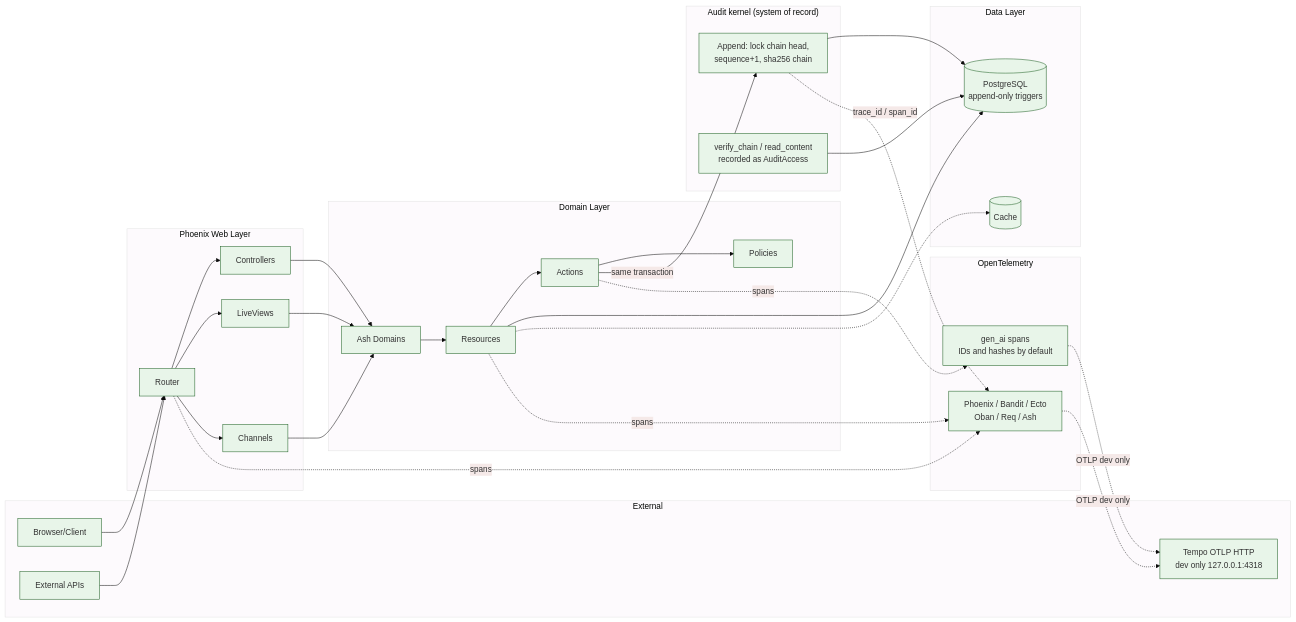
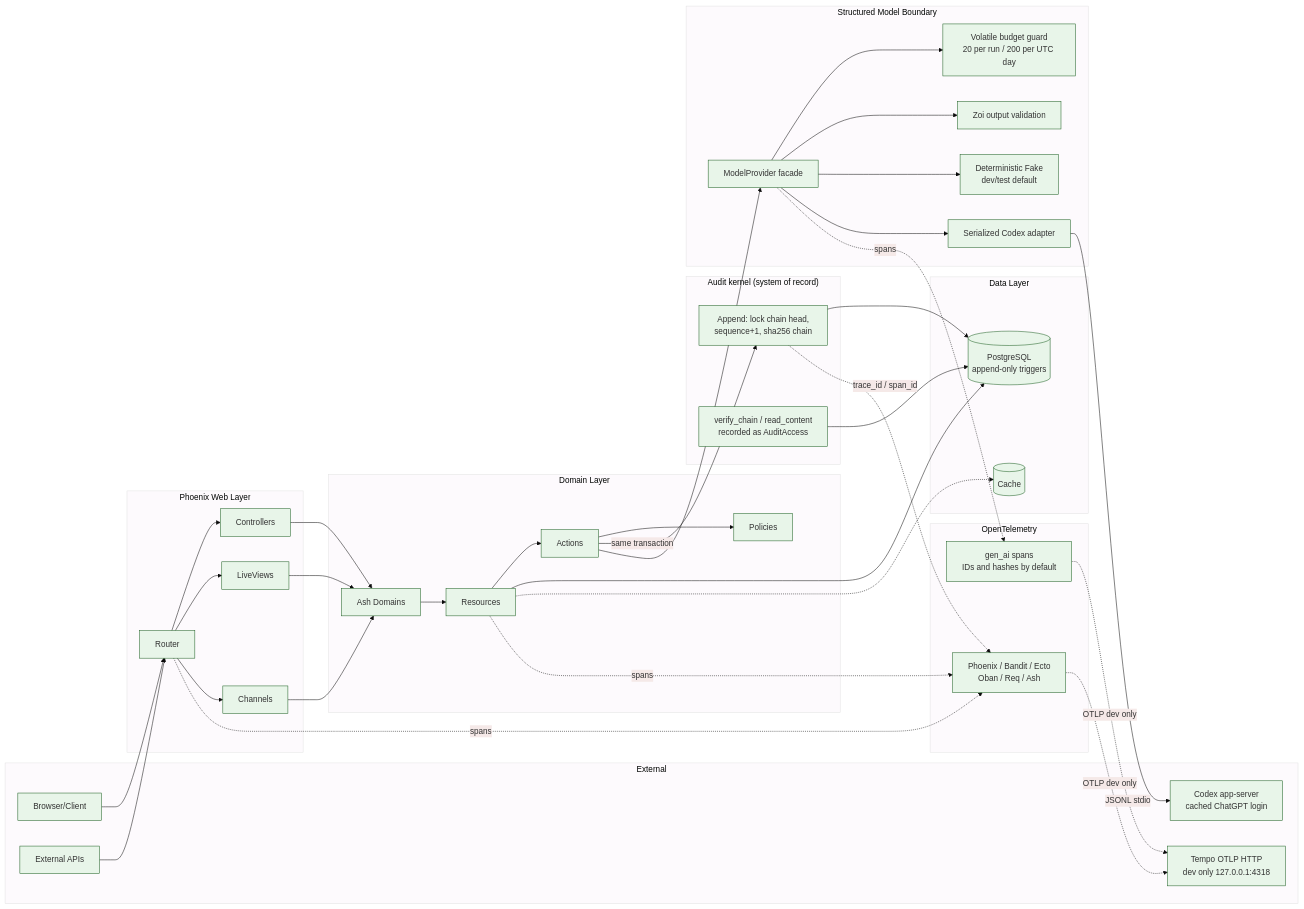
The diagram in docs/architecture/data-flow.md (chops/sdr_agent), drawn with Mermaid before and after one commit. The commit also changed other lines of this file and 20 other files, not shown here.

Commit message:
Add validated model provider boundary

````diff
--- a/docs/architecture/data-flow.md
+++ b/docs/architecture/data-flow.md
@@ -9,65 +9,80 @@
 ```mermaid
 %%{init: {'theme': 'base', 'themeVariables': { 'primaryColor': '#e8f5e9', 'primaryBorderColor': '#1b5e20'}}}%%
 flowchart LR
     subgraph External["External"]
         Browser[Browser/Client]
         API[External APIs]
+        Codex[Codex app-server<br/>cached ChatGPT login]
         Tempo[Tempo OTLP HTTP<br/>dev only 127.0.0.1:4318]
     end
 
     subgraph Web["Phoenix Web Layer"]
         Router[Router]
         Controllers[Controllers]
         LiveViews[LiveViews]
         Channels[Channels]
     end
 
     subgraph Domain["Domain Layer"]
         Domains[Ash Domains]
         Resources[Resources]
         Actions[Actions]
         Policies[Policies]
     end
 
     subgraph AuditKernel["Audit kernel (system of record)"]
         Append[Append: lock chain head,<br/>sequence+1, sha256 chain]
         Verify[verify_chain / read_content<br/>recorded as AuditAccess]
     end
 
     subgraph Data["Data Layer"]
         Postgres[(PostgreSQL<br/>append-only triggers)]
         Cache[(Cache)]
     end
 
+    subgraph AI["Structured Model Boundary"]
+        Provider[ModelProvider facade]
+        Budget[Volatile budget guard<br/>20 per run / 200 per UTC day]
+        Validation[Zoi output validation]
+        Adapter[Serialized Codex adapter]
+        Fake[Deterministic Fake<br/>dev/test default]
+    end
+
     subgraph Observability["OpenTelemetry"]
         Instrumentation[Phoenix / Bandit / Ecto<br/>Oban / Req / Ash]
         GenAI[gen_ai spans<br/>IDs and hashes by default]
     end
 
     Browser --> Router
     API --> Router
     Router --> Controllers
     Router --> LiveViews
     Router --> Channels
     Controllers --> Domains
     LiveViews --> Domains
     Channels --> Domains
     Domains --> Resources
     Resources --> Actions
     Actions --> Policies
     Resources --> Postgres
     Actions -- same transaction --> Append
     Append --> Postgres
     Verify --> Postgres
     Append -. trace_id / span_id .-> Instrumentation
     Resources -.-> Cache
+    Actions --> Provider
+    Provider --> Budget
+    Provider --> Validation
+    Provider --> Fake
+    Provider --> Adapter
+    Adapter -- JSONL stdio --> Codex
     Router -. spans .-> Instrumentation
     Resources -. spans .-> Instrumentation
-    Actions -. spans .-> GenAI
+    Provider -. spans .-> GenAI
     Instrumentation -. OTLP dev only .-> Tempo
     GenAI -. OTLP dev only .-> Tempo
 
     %% Project shape: single
     %% Detected data layers:
     %% - AshPostgres (PostgreSQL)
 ```
````
